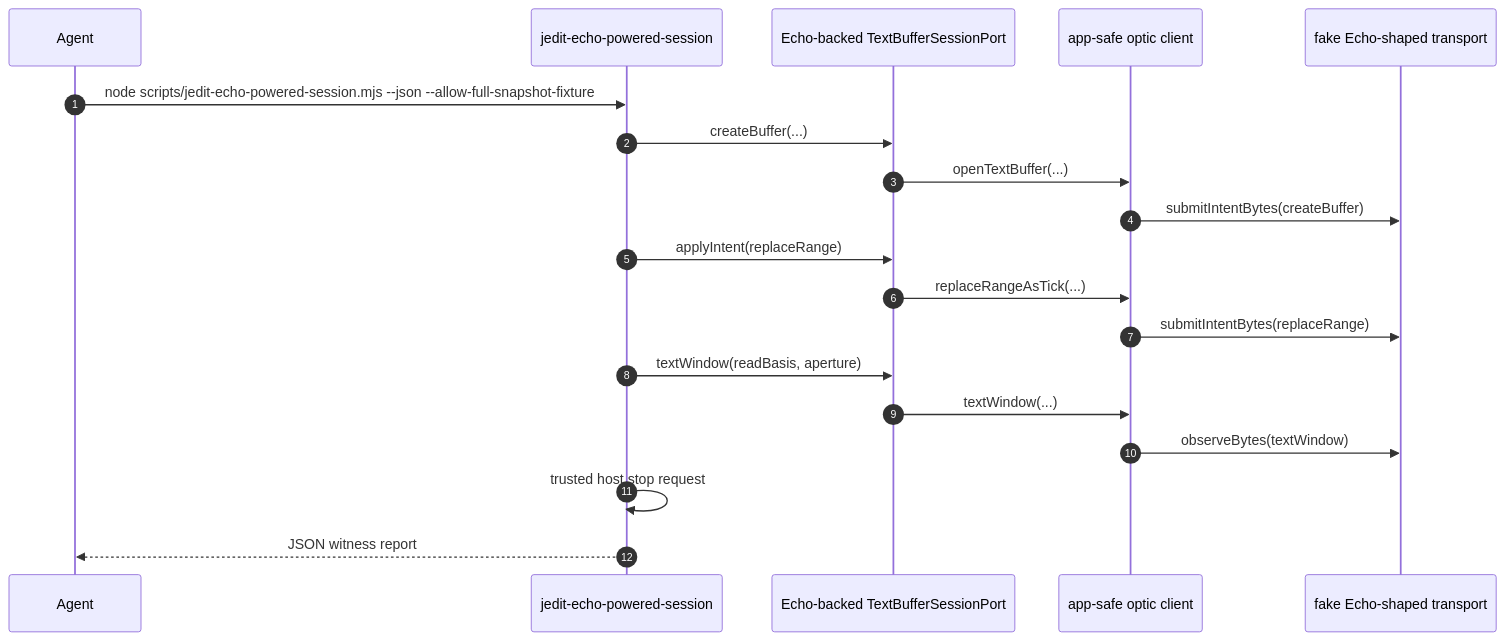
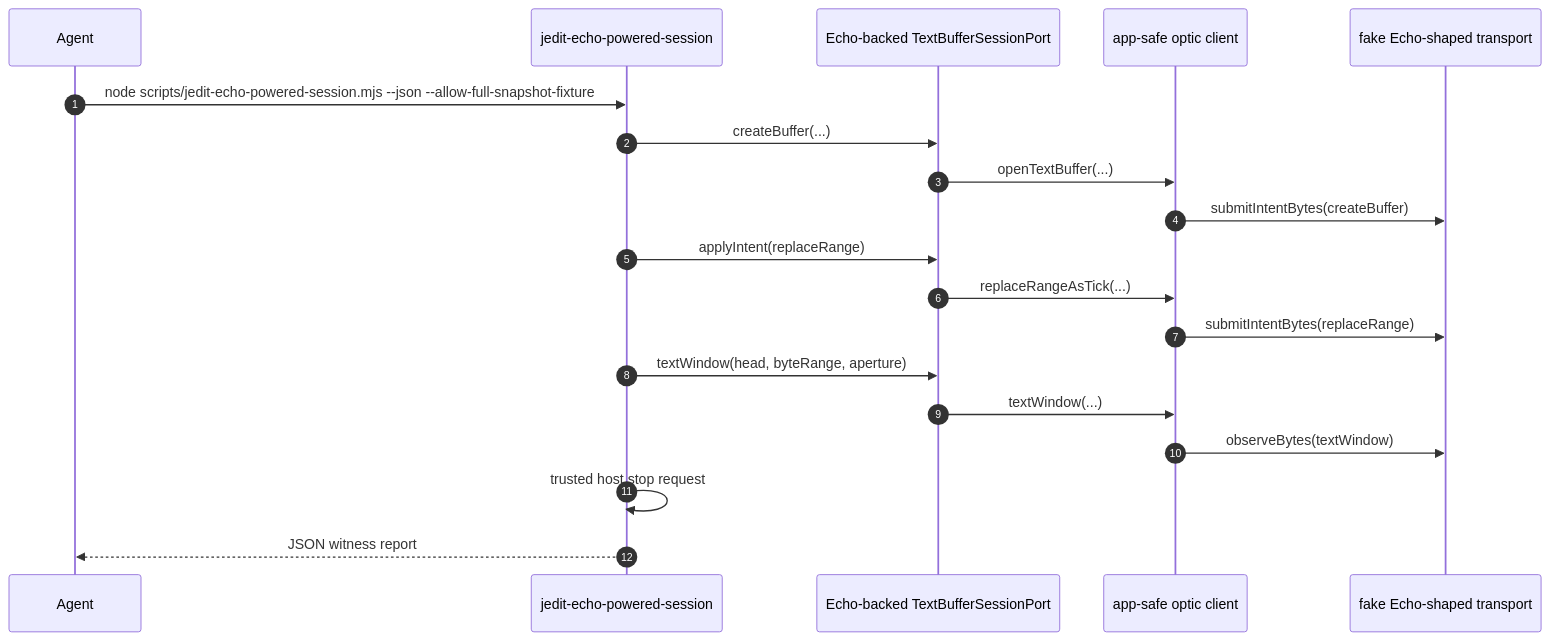
One commit to flyingrobots/jedit changed diagram 13 of 15 in docs/jedit-echo-end-to-end.md. Above: the diagram before and after it, drawn with Mermaid. The commit also changed other lines of this file and 52 other files, not shown here.

Commit message:
Require basis-pinned text window reads

````diff
--- a/docs/jedit-echo-end-to-end.md
+++ b/docs/jedit-echo-end-to-end.md
@@ -920,22 +922,22 @@
 ```mermaid
 sequenceDiagram
   autonumber
   participant Agent
   participant CLI as jedit-echo-powered-session
   participant Session as Echo-backed TextBufferSessionPort
   participant Client as app-safe optic client
   participant Transport as fake Echo-shaped transport
 
   Agent->>CLI: node scripts/jedit-echo-powered-session.mjs --json --allow-full-snapshot-fixture
   CLI->>Session: createBuffer(...)
   Session->>Client: openTextBuffer(...)
   Client->>Transport: submitIntentBytes(createBuffer)
   CLI->>Session: applyIntent(replaceRange)
   Session->>Client: replaceRangeAsTick(...)
   Client->>Transport: submitIntentBytes(replaceRange)
-  CLI->>Session: textWindow(readBasis, aperture)
+  CLI->>Session: textWindow(head, byteRange, aperture)
   Session->>Client: textWindow(...)
   Client->>Transport: observeBytes(textWindow)
   CLI->>CLI: trusted host stop request
   CLI-->>Agent: JSON witness report
 ```
````
